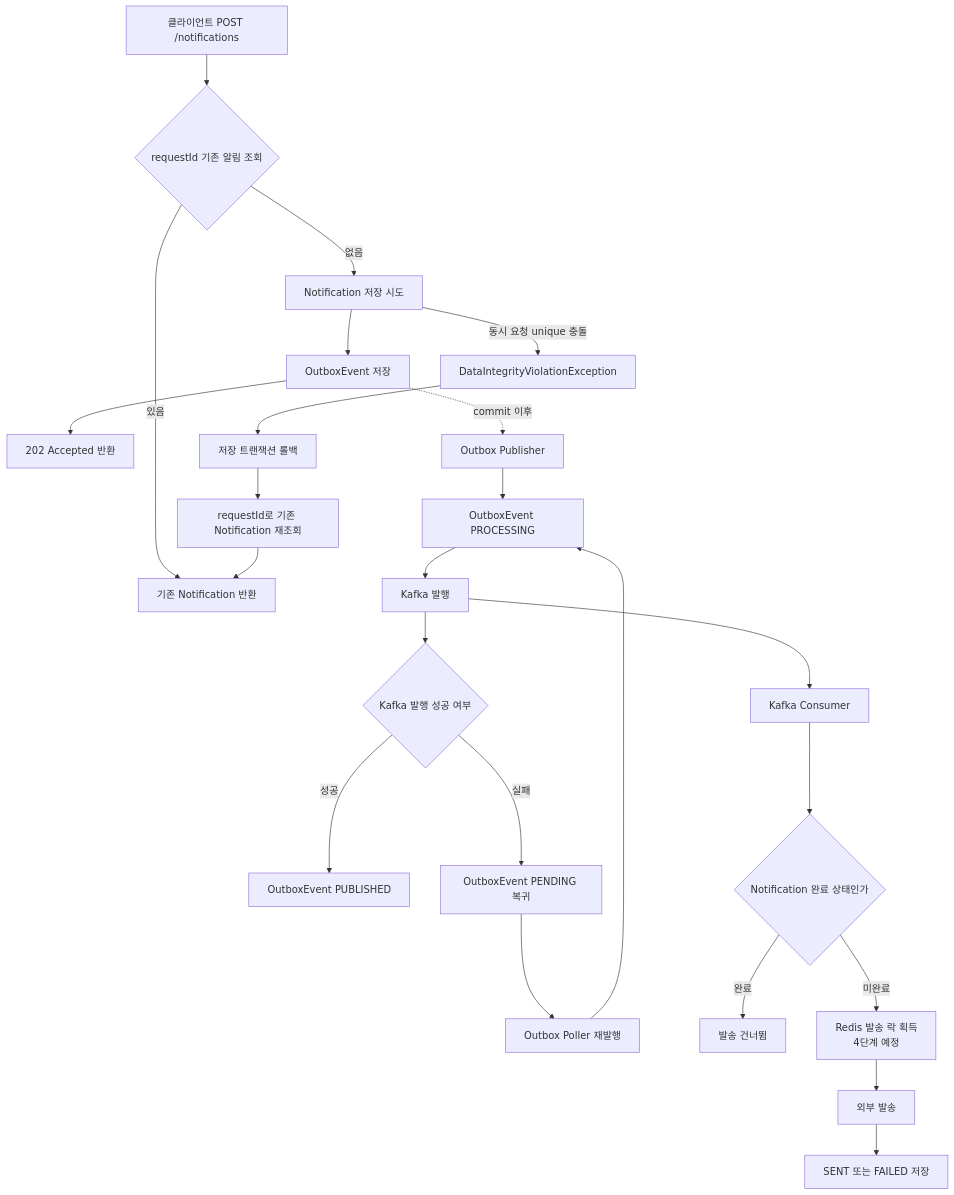
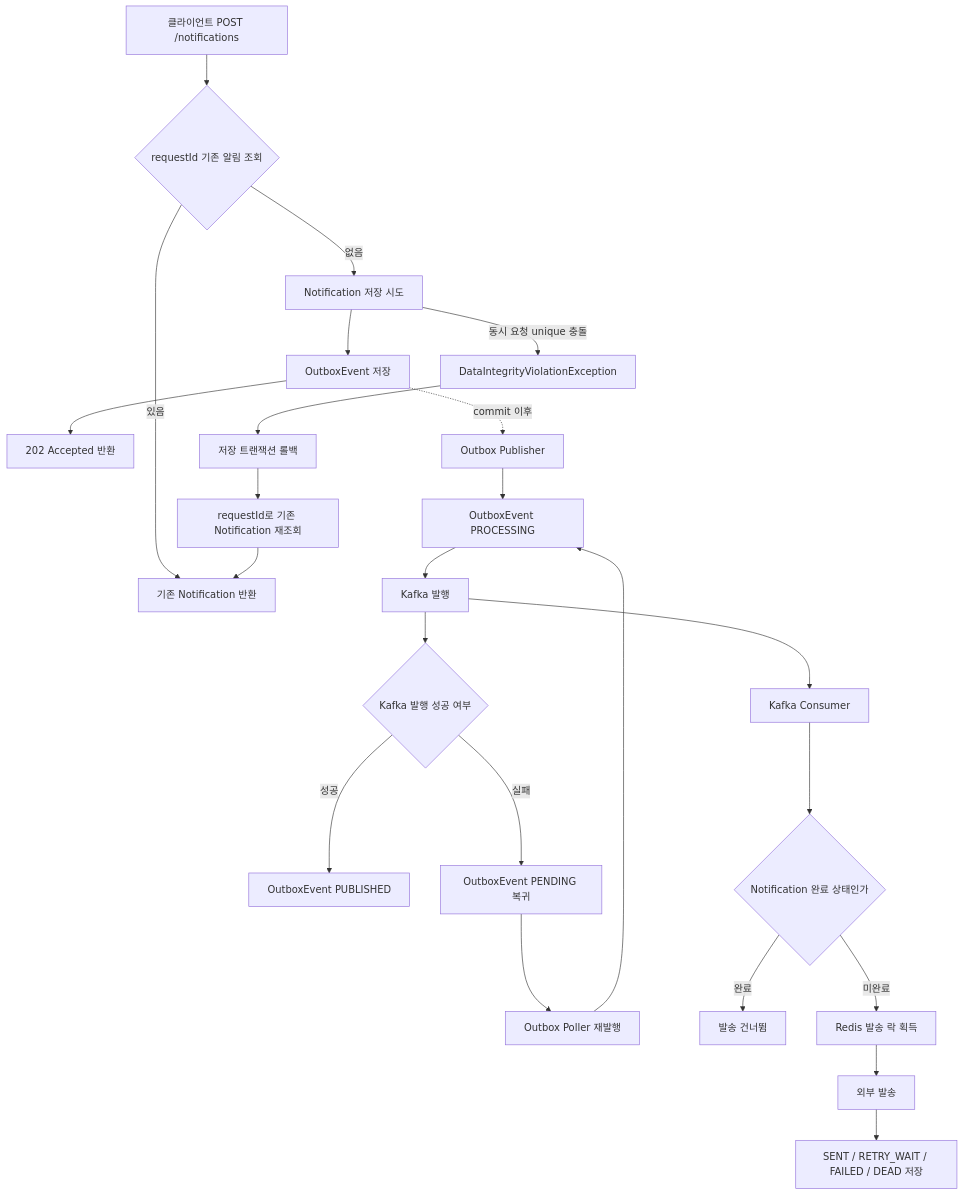
One commit to Ogu1208/notification-delivery-system changed the first of 4 diagrams in docs/멱등성과중복처리.md. Above: the diagram before and after it, drawn with Mermaid. The commit also changed other lines of this file and 13 other files, not shown here.

````diff
--- a/docs/멱등성과중복처리.md
+++ b/docs/멱등성과중복처리.md
@@ -20,29 +20,29 @@
 ```mermaid
 flowchart TD
     A["클라이언트 POST /notifications"] --> B{"requestId 기존 알림 조회"}
     B -->|"있음"| C["기존 Notification 반환"]
     B -->|"없음"| D["Notification 저장 시도"]
     D --> E["OutboxEvent 저장"]
     E --> F["202 Accepted 반환"]
 
     D -->|"동시 요청 unique 충돌"| G["DataIntegrityViolationException"]
     G --> H["저장 트랜잭션 롤백"]
     H --> I["requestId로 기존 Notification 재조회"]
     I --> C
 
     E -. "commit 이후" .-> J["Outbox Publisher"]
     J --> K["OutboxEvent PROCESSING"]
     K --> L["Kafka 발행"]
     L --> M{"Kafka 발행 성공 여부"}
     M -->|"성공"| N["OutboxEvent PUBLISHED"]
     M -->|"실패"| O["OutboxEvent PENDING 복귀"]
     O --> P["Outbox Poller 재발행"]
     P --> K
 
     L --> Q["Kafka Consumer"]
     Q --> R{"Notification 완료 상태인가"}
     R -->|"완료"| S["발송 건너뜀"]
-    R -->|"미완료"| T["Redis 발송 락 획득<br/>4단계 예정"]
+    R -->|"미완료"| T["Redis 발송 락 획득"]
     T --> U["외부 발송"]
-    U --> V["SENT 또는 FAILED 저장"]
+    U --> V["SENT / RETRY_WAIT / FAILED / DEAD 저장"]
 ```
````
